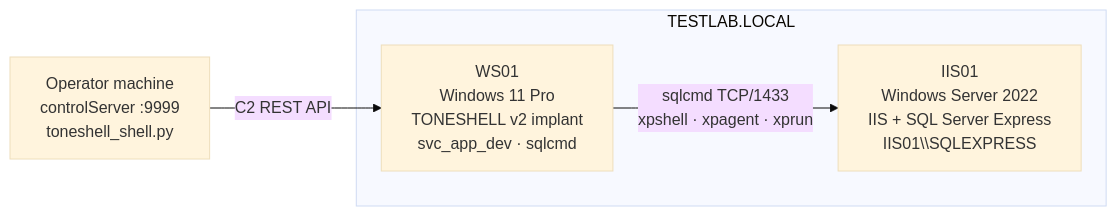
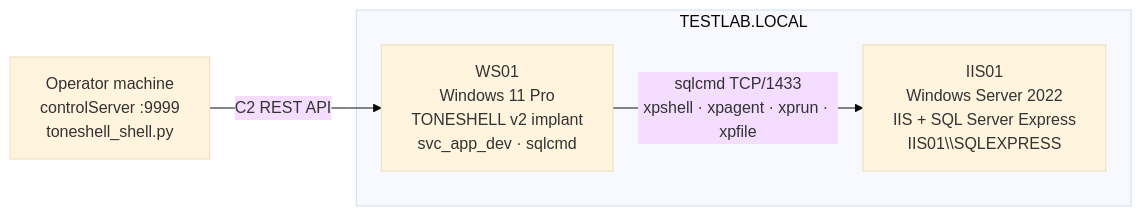
The diagram in mustang-panda-emulation/controlShell/README.md (uetsymphonique/rce-and-c2), drawn with Mermaid (base theme) before and after one commit. The commit also changed other lines of this file and 1 other file, not shown here.

````diff
--- a/mustang-panda-emulation/controlShell/README.md
+++ b/mustang-panda-emulation/controlShell/README.md
@@ -29,11 +31,11 @@
 ```mermaid
 graph LR
     subgraph domain["TESTLAB.LOCAL"]
         WS01["WS01<br/>Windows 11 Pro<br/>TONESHELL v2 implant<br/>svc_app_dev · sqlcmd"]
         IIS01["IIS01<br/>Windows Server 2022<br/>IIS + SQL Server Express<br/>IIS01\\SQLEXPRESS"]
-        WS01 -->|"sqlcmd TCP/1433<br/>xpshell · xpagent · xprun"| IIS01
+        WS01 -->|"sqlcmd TCP/1433<br/>xpshell · xpagent · xprun · xpfile"| IIS01
     end
 
     OP["Operator machine<br/>controlServer :9999<br/>toneshell_shell.py"]
     OP -->|"C2 REST API"| WS01
 ```
````
